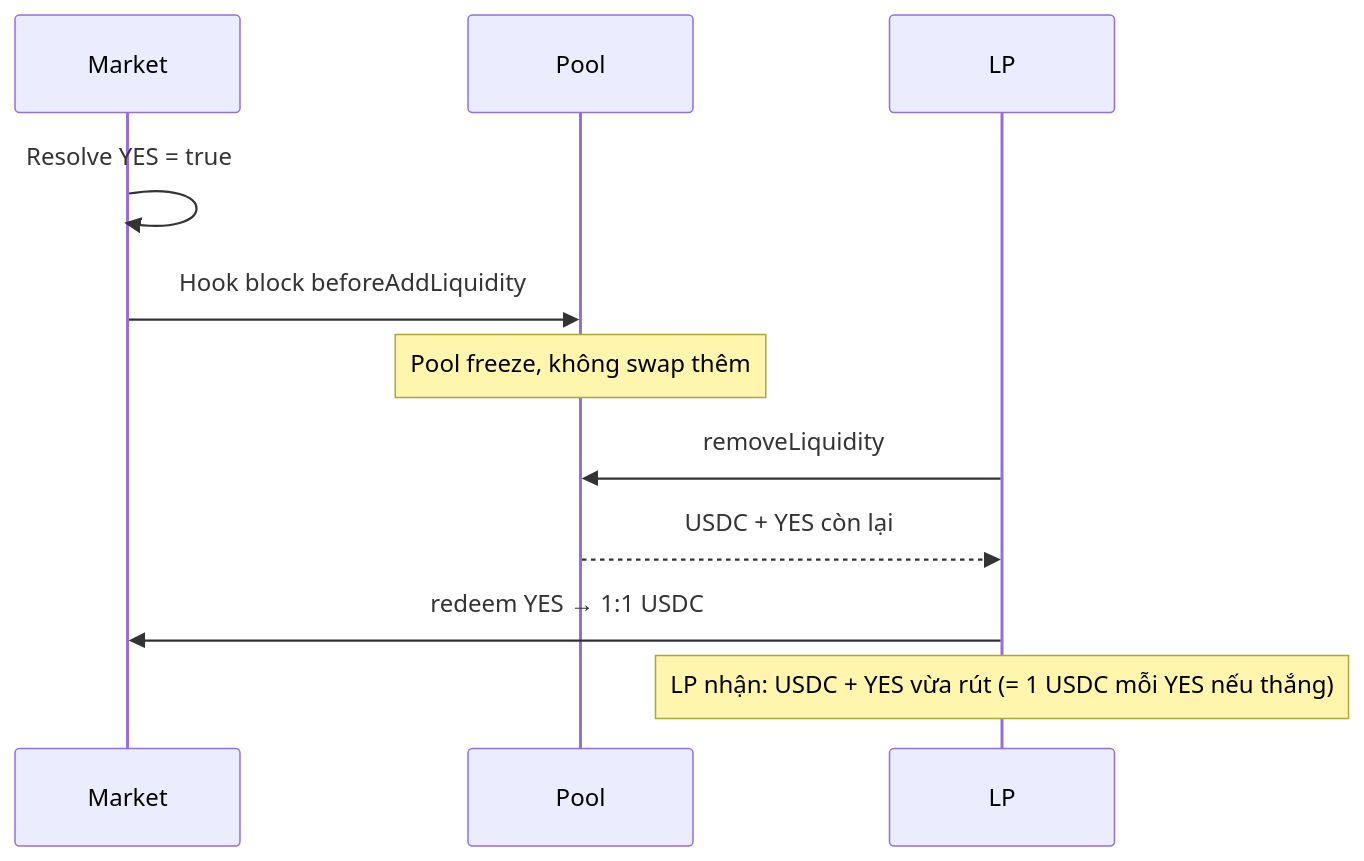
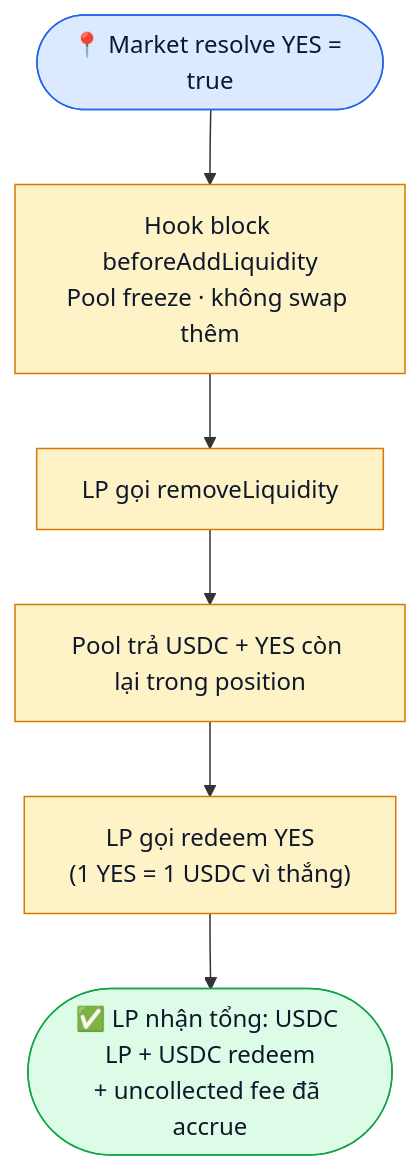
Before and after one commit to PrediX-Protocol/predix-docs: the second of 2 diagrams in vi_v6/huong-dan/cung-cap-thanh-khoan.md, drawn with Mermaid. The commit also changed 17 other files, not shown here.

First line of the commit message:
docs(vi_v6): convert all 22 sequenceDiagram → flowchart TD (no overlap UX issue)

````diff
--- a/vi_v6/huong-dan/cung-cap-thanh-khoan.md
+++ b/vi_v6/huong-dan/cung-cap-thanh-khoan.md
@@ -69,14 +69,16 @@
 ```mermaid
-sequenceDiagram
-    participant Market
-    participant Pool
-    participant LP
+flowchart TD
+    Start(["📍 Market resolve YES = true"])
+    Start --> S1["Hook block beforeAddLiquidity<br/>Pool freeze · không swap thêm"]
+    S1 --> S2["LP gọi removeLiquidity"]
+    S2 --> S3["Pool trả USDC + YES còn lại trong position"]
+    S3 --> S4["LP gọi redeem YES<br/>(1 YES = 1 USDC vì thắng)"]
+    S4 --> End(["✅ LP nhận tổng: USDC LP + USDC redeem<br/>+ uncollected fee đã accrue"])
 
-    Market->>Market: Resolve YES = true
-    Market->>Pool: Hook block beforeAddLiquidity
-    Note over Pool: Pool freeze, không swap thêm
-    LP->>Pool: removeLiquidity
-    Pool-->>LP: USDC + YES còn lại
-    LP->>Market: redeem YES → 1:1 USDC
-    Note over LP: LP nhận: USDC + YES vừa rút (= 1 USDC mỗi YES nếu thắng)
+    classDef st fill:#dbeafe,stroke:#2563eb,color:#0f172a
+    classDef step fill:#fef3c7,stroke:#d97706,color:#0f172a
+    classDef ok fill:#dcfce7,stroke:#16a34a,color:#0f172a
+    class Start st
+    class S1,S2,S3,S4 step
+    class End ok
 ```
````
